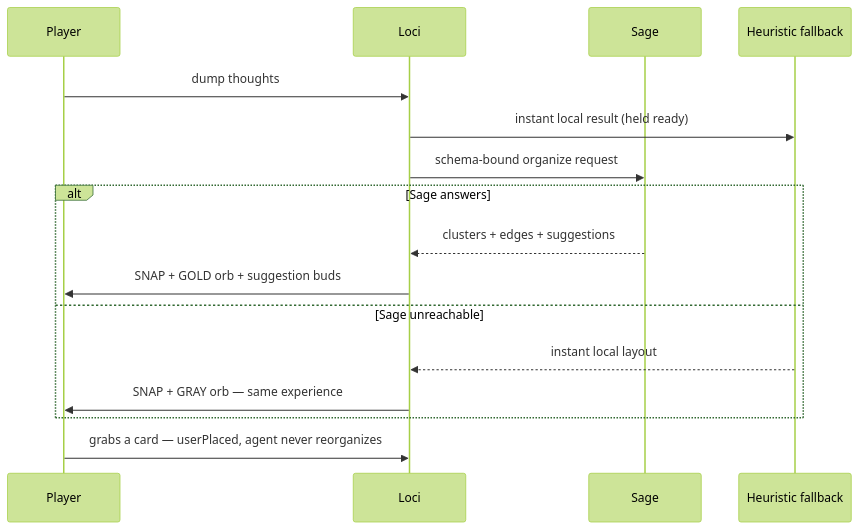
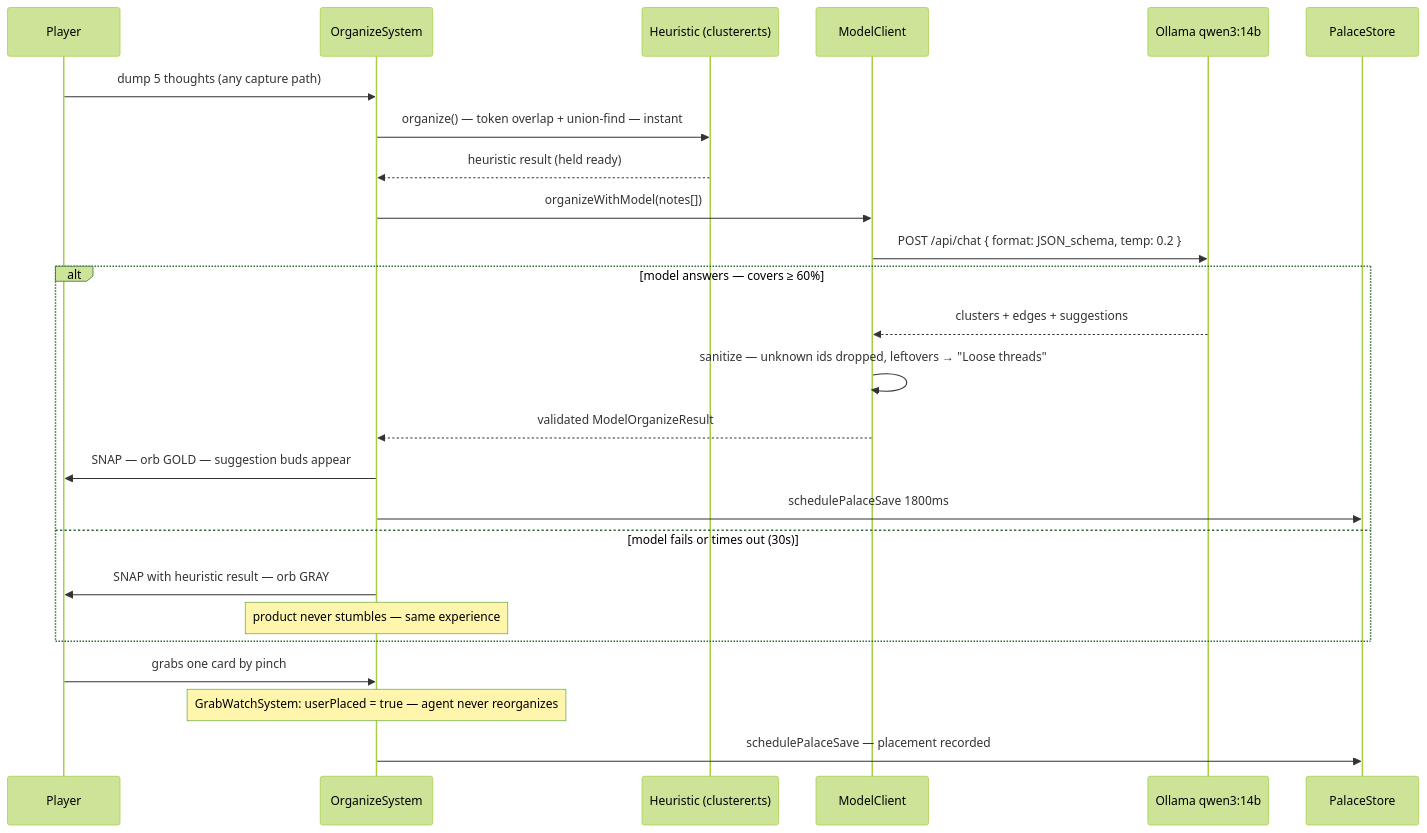
The third of 10 diagrams in COMPETITION_STRATEGY.md (0xv3nm09/loci-memory-bank), drawn with Mermaid (forest theme) before and after one commit. The commit also changed other lines of this file, not shown here.

First line of the commit message:
COMPETITION_STRATEGY.md: full technical rewrite with complex mermaid diagrams

````diff
--- a/COMPETITION_STRATEGY.md
+++ b/COMPETITION_STRATEGY.md
@@ -73,18 +138,30 @@
 ```mermaid
 sequenceDiagram
   participant P as Player
-  participant C as Loci
-  participant S as Sage
-  participant HB as Heuristic fallback
-  P->>C: dump thoughts
-  C->>HB: instant local result (held ready)
-  C->>S: schema-bound organize request
-  alt Sage answers
-    S-->>C: clusters + edges + suggestions
-    C->>P: SNAP + GOLD orb + suggestion buds
-  else Sage unreachable
-    HB-->>C: instant local layout
-    C->>P: SNAP + GRAY orb — same experience
+  participant OS as OrganizeSystem
+  participant HB as Heuristic (clusterer.ts)
+  participant MC as ModelClient
+  participant OLL as Ollama qwen3:14b
+  participant ST as PalaceStore
+
+  P->>OS: dump 5 thoughts (any capture path)
+  OS->>HB: organize() — token overlap + union-find — instant
+  HB-->>OS: heuristic result (held ready)
+  OS->>MC: organizeWithModel(notes[])
+  MC->>OLL: POST /api/chat { format: JSON_schema, temp: 0.2 }
+
+  alt model answers — covers ≥ 60%
+    OLL-->>MC: clusters + edges + suggestions
+    MC->>MC: sanitize — unknown ids dropped, leftovers → "Loose threads"
+    MC-->>OS: validated ModelOrganizeResult
+    OS->>P: SNAP — orb GOLD — suggestion buds appear
+    OS->>ST: schedulePalaceSave 1800ms
+  else model fails or times out (30s)
+    OS->>P: SNAP with heuristic result — orb GRAY
+    Note over OS: product never stumbles — same experience
   end
-  P->>C: grabs a card — userPlaced, agent never reorganizes
+
+  P->>OS: grabs one card by pinch
+  Note over OS: GrabWatchSystem: userPlaced = true — agent never reorganizes
+  OS->>ST: schedulePalaceSave — placement recorded
 ```
````
